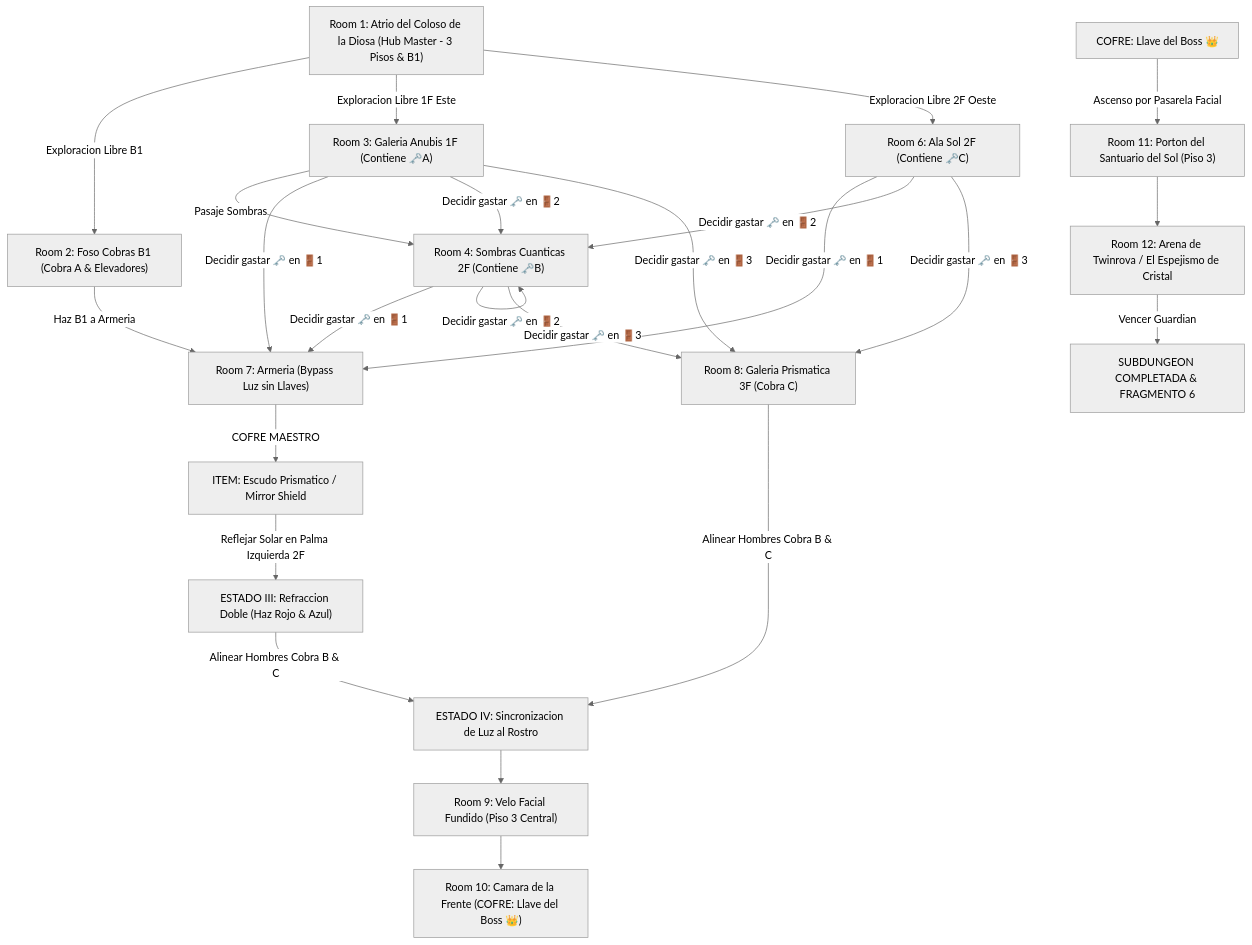
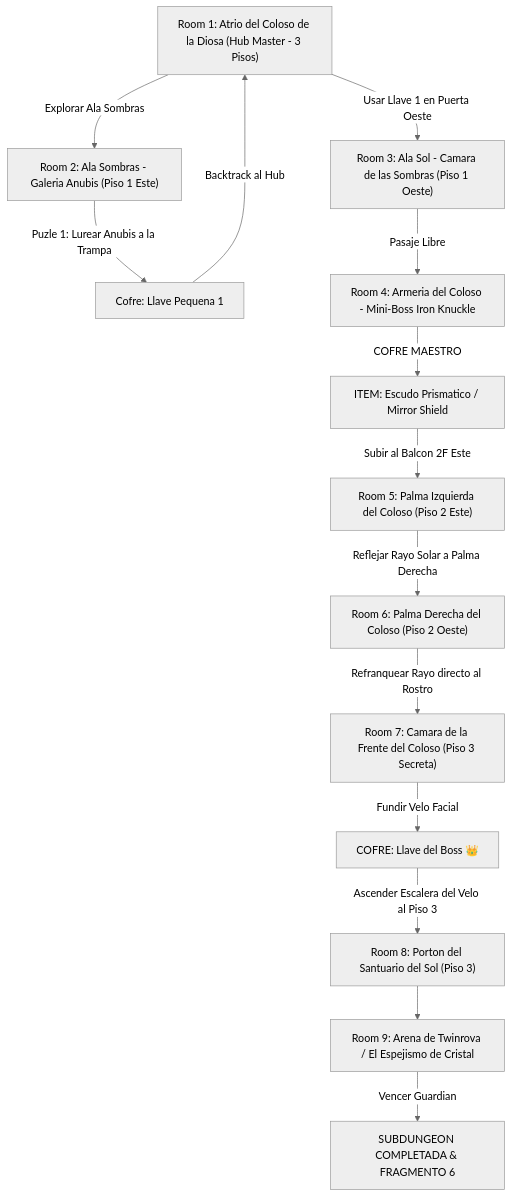
One commit to linkmati/ShivathLyss changed the diagram in 7 - DM/OneShots/ARepeat/Subdungeons/06_Subdungeon_Luz_Santuario.md. Above: the diagram before and after it, drawn with Mermaid (neutral theme). The commit also changed other lines of this file and 1 other file, not shown here.

````diff
--- a/7 - DM/OneShots/ARepeat/Subdungeons/06_Subdungeon_Luz_Santuario.md
+++ b/7 - DM/OneShots/ARepeat/Subdungeons/06_Subdungeon_Luz_Santuario.md
@@ -44,26 +15,20 @@
 ```mermaid
 graph TD
-    S1["Room 1: Atrio del Coloso de la Diosa (Hub Master - 3 Pisos & B1)"] -->|Exploracion Libre B1| S2["Room 2: Foso Cobras B1 (Cobra A & Elevadores)"]
-    S1 -->|Exploracion Libre 1F Este| S3["Room 3: Galeria Anubis 1F (Contiene 🗝️A)"]
-    S1 -->|Exploracion Libre 2F Oeste| S6["Room 6: Ala Sol 2F (Contiene 🗝️C)"]
+    S1["Room 1: Atrio del Coloso de la Diosa (Hub Master - 3 Pisos)"] -->|Explorar Ala Sombras| S2["Room 2: Ala Sombras - Galeria Anubis (Piso 1 Este)"]
+    S2 -->|Puzle 1: Lurear Anubis a la Trampa| S2_Key["Cofre: Llave Pequena 1"]
+    S2_Key -->|Backtrack al Hub| S1
     
-    S3 -->|Pasaje Sombras| S4["Room 4: Sombras Cuanticas 2F (Contiene 🗝️B)"]
-    S2 -->|Haz B1 a Armeria| S7["Room 7: Armeria (Bypass Luz sin Llaves)"]
+    S1 -->|Usar Llave 1 en Puerta Oeste| S3["Room 3: Ala Sol - Camara de las Sombras (Piso 1 Oeste)"]
+    S3 -->|Pasaje Libre| S4["Room 4: Armeria del Coloso - Mini-Boss Iron Knuckle"]
+    S4 -->|COFRE MAESTRO| Item["ITEM: Escudo Prismatico / Mirror Shield"]
     
-    S3 & S4 & S6 -->|Decidir gastar 🗝️ en 🚪1| S7
-    S3 & S4 & S6 -->|Decidir gastar 🗝️ en 🚪2| S4
-    S3 & S4 & S6 -->|Decidir gastar 🗝️ en 🚪3| S8["Room 8: Galeria Prismatica 3F (Cobra C)"]
+    Item -->|Subir al Balcon 2F Este| S5["Room 5: Palma Izquierda del Coloso (Piso 2 Este)"]
+    S5 -->|Reflejar Rayo Solar a Palma Derecha| S6["Room 6: Palma Derecha del Coloso (Piso 2 Oeste)"]
     
-    S7 -->|COFRE MAESTRO| Item["ITEM: Escudo Prismatico / Mirror Shield"]
+    S6 -->|Refranquear Rayo directo al Rostro| S7["Room 7: Camara de la Frente del Coloso (Piso 3 Secreta)"]
+    S7 -->|Fundir Velo Facial| BossKey["COFRE: Llave del Boss 👑"]
     
-    Item -->|Reflejar Solar en Palma Izquierda 2F| L_State3["ESTADO III: Refraccion Doble (Haz Rojo & Azul)"]
-    
-    L_State3 & S8 -->|Alinear Hombres Cobra B & C| L_State4["ESTADO IV: Sincronizacion de Luz al Rostro"]
-    
-    L_State4 --> S9["Room 9: Velo Facial Fundido (Piso 3 Central)"]
-    S9 --> S10["Room 10: Camara de la Frente (COFRE: Llave del Boss 👑)"]
-    
-    BossKey["COFRE: Llave del Boss 👑"] -->|Ascenso por Pasarela Facial| S11["Room 11: Porton del Santuario del Sol (Piso 3)"]
-    S11 --> S12["Room 12: Arena de Twinrova / El Espejismo de Cristal"]
-    S12 -->|Vencer Guardian| Win["SUBDUNGEON COMPLETADA & FRAGMENTO 6"]
+    BossKey -->|Ascender Escalera del Velo al Piso 3| S8["Room 8: Porton del Santuario del Sol (Piso 3)"]
+    S8 --> S9["Room 9: Arena de Twinrova / El Espejismo de Cristal"]
+    S9 -->|Vencer Guardian| Win["SUBDUNGEON COMPLETADA & FRAGMENTO 6"]
 ```
````
